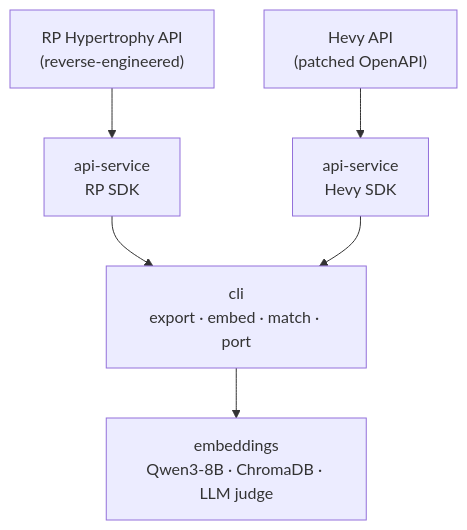
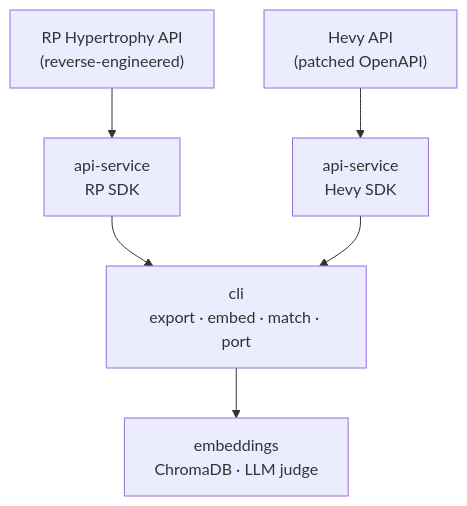
One commit to wa101200/rp-scrpaer changed the diagram in README.md. Above: the diagram before and after it, drawn with Mermaid. The commit also changed other lines of this file, not shown here.

First line of the commit message:
docs: update documentation to reflect architectural and tooling changes

````diff
--- a/README.md
+++ b/README.md
@@ -41,19 +43,19 @@
 ```mermaid
 flowchart TD
     RP["RP Hypertrophy API<br/>(reverse-engineered)"]
     Hevy["Hevy API<br/>(patched OpenAPI)"]
 
     RPSDK["api-service<br/>RP SDK"]
     HevySDK["api-service<br/>Hevy SDK"]
 
     CLI["cli<br/>export · embed · match · port"]
 
-    Embeddings["embeddings<br/>Qwen3-8B · ChromaDB · LLM judge"]
+    Embeddings["embeddings<br/>ChromaDB · LLM judge"]
     RP --> RPSDK
     Hevy --> HevySDK
 
     RPSDK --> CLI
     HevySDK --> CLI
 
     CLI --> Embeddings
 ```
````
